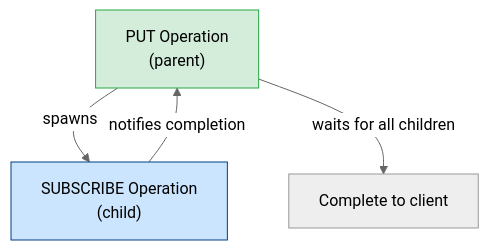
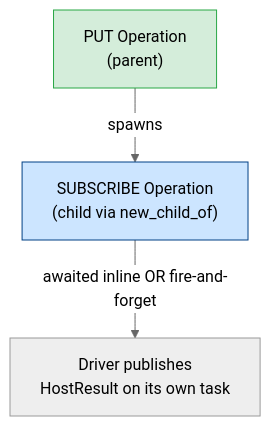
The eighth of 10 diagrams in docs/architecture/operations/README.md (freenet/freenet-core), drawn with Mermaid (neutral theme) before and after one commit. The commit also changed other lines of this file, not shown here.

First line of the commit message:
docs: update operations architecture for SubOperationTracker retirement

````diff
--- a/docs/architecture/operations/README.md
+++ b/docs/architecture/operations/README.md
@@ -310,12 +313,11 @@
 ```mermaid
 flowchart TB
     Parent["PUT Operation<br/>(parent)"]
-    Child["SUBSCRIBE Operation<br/>(child)"]
+    Child["SUBSCRIBE Operation<br/>(child via new_child_of)"]
 
     Parent -->|"spawns"| Child
-    Child -->|"notifies completion"| Parent
-    Parent -->|"waits for all children"| Complete["Complete to client"]
+    Child -->|"awaited inline OR fire-and-forget"| Done["Driver publishes<br/>HostResult on its own task"]
 
     style Parent fill:#d4edda,stroke:#28a745
     style Child fill:#cce5ff,stroke:#004085
 ```
````
